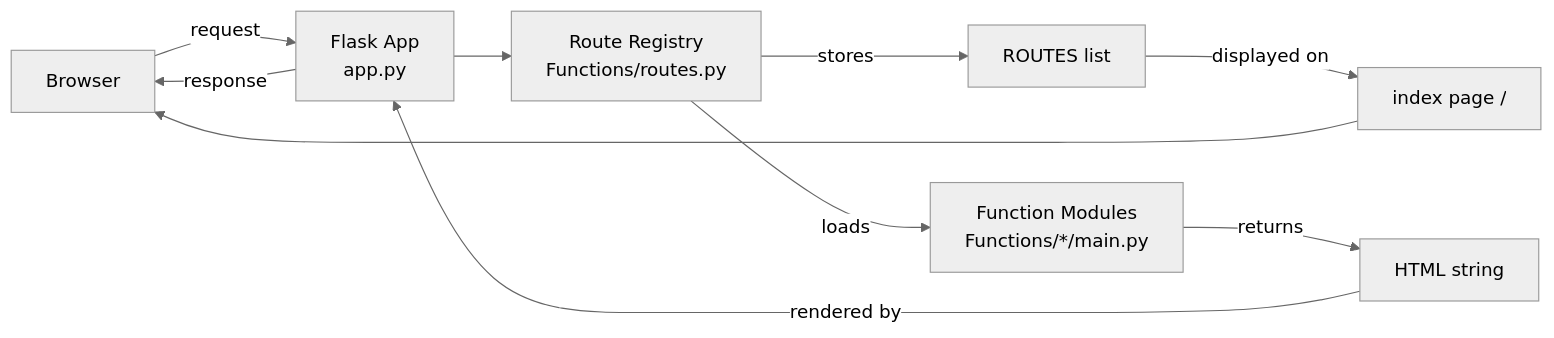
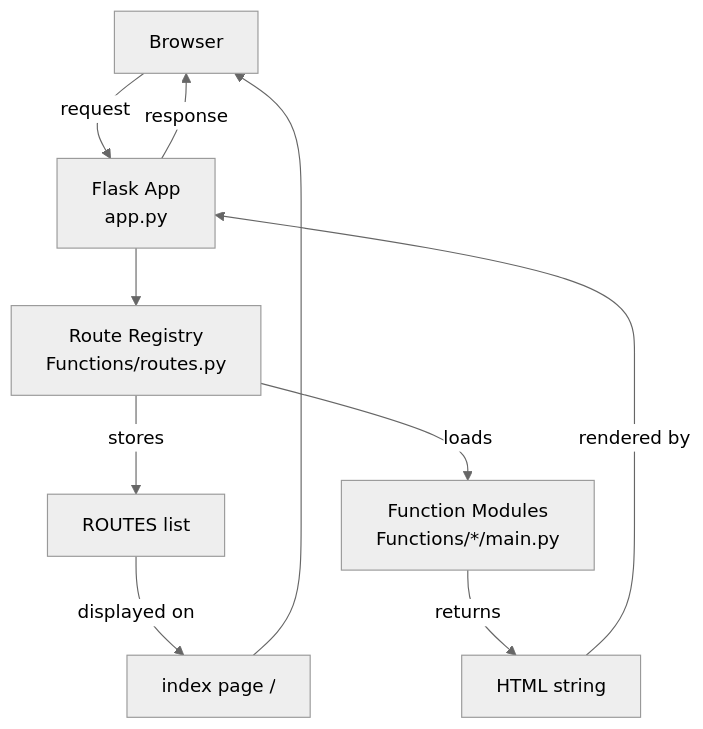
Before and after one commit to AlphaSentra/alphasentra-functions: the diagram in README.md, drawn with Mermaid (neutral theme). The commit also changed other lines of this file, not shown here.

````diff
--- a/README.md
+++ b/README.md
@@ -42,12 +42,12 @@
     ```mermaid
-    flowchart LR
+    flowchart TD
         A[Browser] -->|request| B[Flask App<br>app.py]
         B --> C[Route Registry<br>Functions/routes.py]
         C -->|stores| D[ROUTES list]
         C -->|loads| E[Function Modules<br>Functions/*/main.py]
         E -->|returns| F[HTML string]
         F -->|rendered by| B
         B -->|response| A
         D -->|displayed on| G[index page /]
         G --> A
     ```
````
